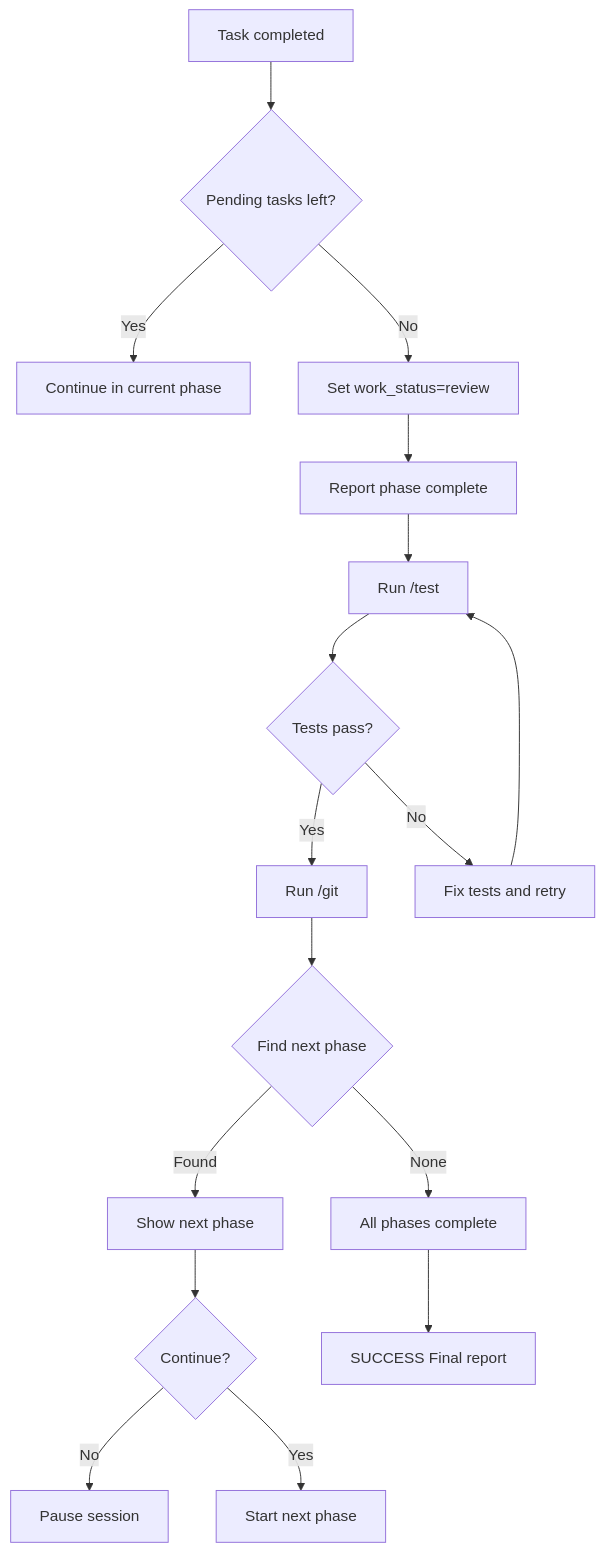
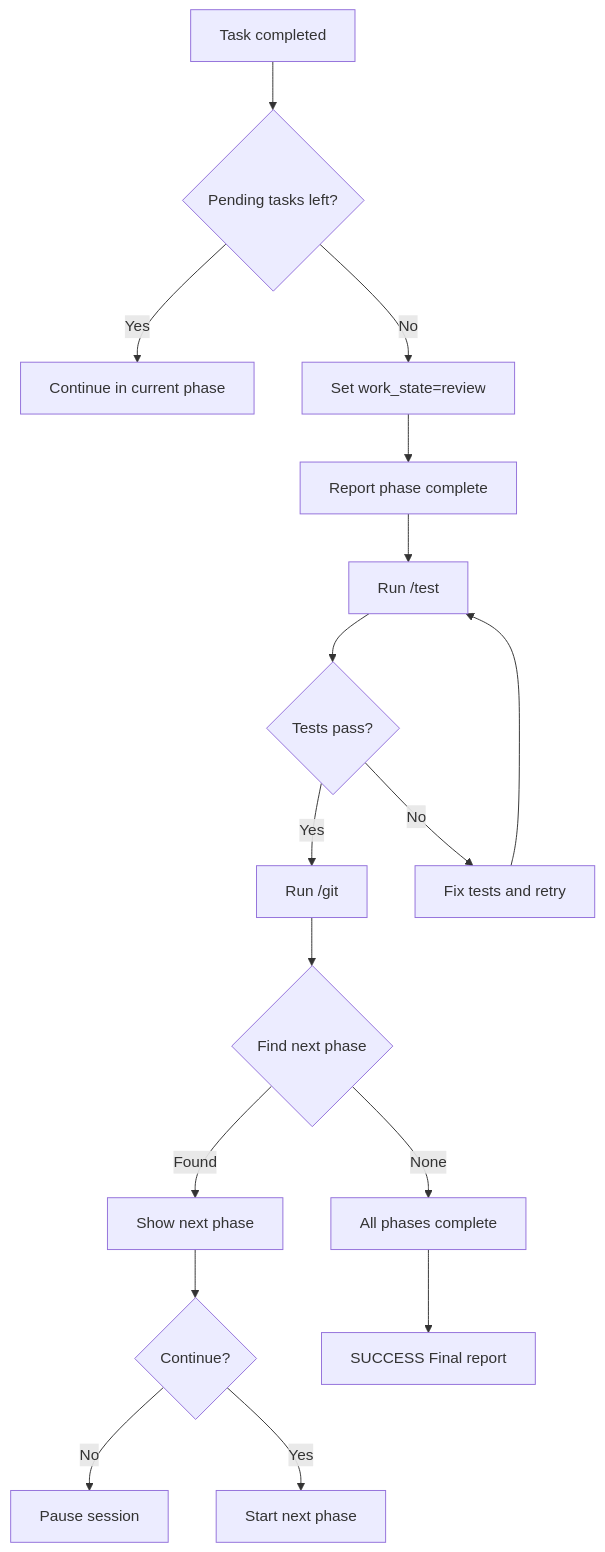
The fifth of 6 diagrams in docs/implement-workflows.md (matlockx/workflow), drawn with Mermaid before and after one commit. The commit also changed other lines of this file and 10 other files, not shown here.

````diff
--- a/docs/implement-workflows.md
+++ b/docs/implement-workflows.md
@@ -179,24 +181,24 @@
 ```mermaid
 flowchart TD
     Start[Task completed] --> CheckPending{Pending tasks left?}
     CheckPending -->|Yes| Continue[Continue in current phase]
-    CheckPending -->|No| SetReview[Set work_status=review]
+    CheckPending -->|No| SetReview[Set work_state=review]
 
     SetReview --> ReportPhase[Report phase complete]
     ReportPhase --> RunTest[Run /test]
     RunTest --> TestPass{Tests pass?}
     TestPass -->|Yes| RunGit[Run /git]
     TestPass -->|No| Fix[Fix tests and retry]
     Fix --> RunTest
 
     RunGit --> FindNext{Find next phase}
 
     FindNext -->|Found| DisplayNext[Show next phase]
     DisplayNext --> UserChoice{Continue?}
     UserChoice -->|No| Pause[Pause session]
     UserChoice -->|Yes| StartNext[Start next phase]
 
     FindNext -->|None| AllComplete[All phases complete]
 
     AllComplete --> FinalReport[SUCCESS Final report]
 ```
````
